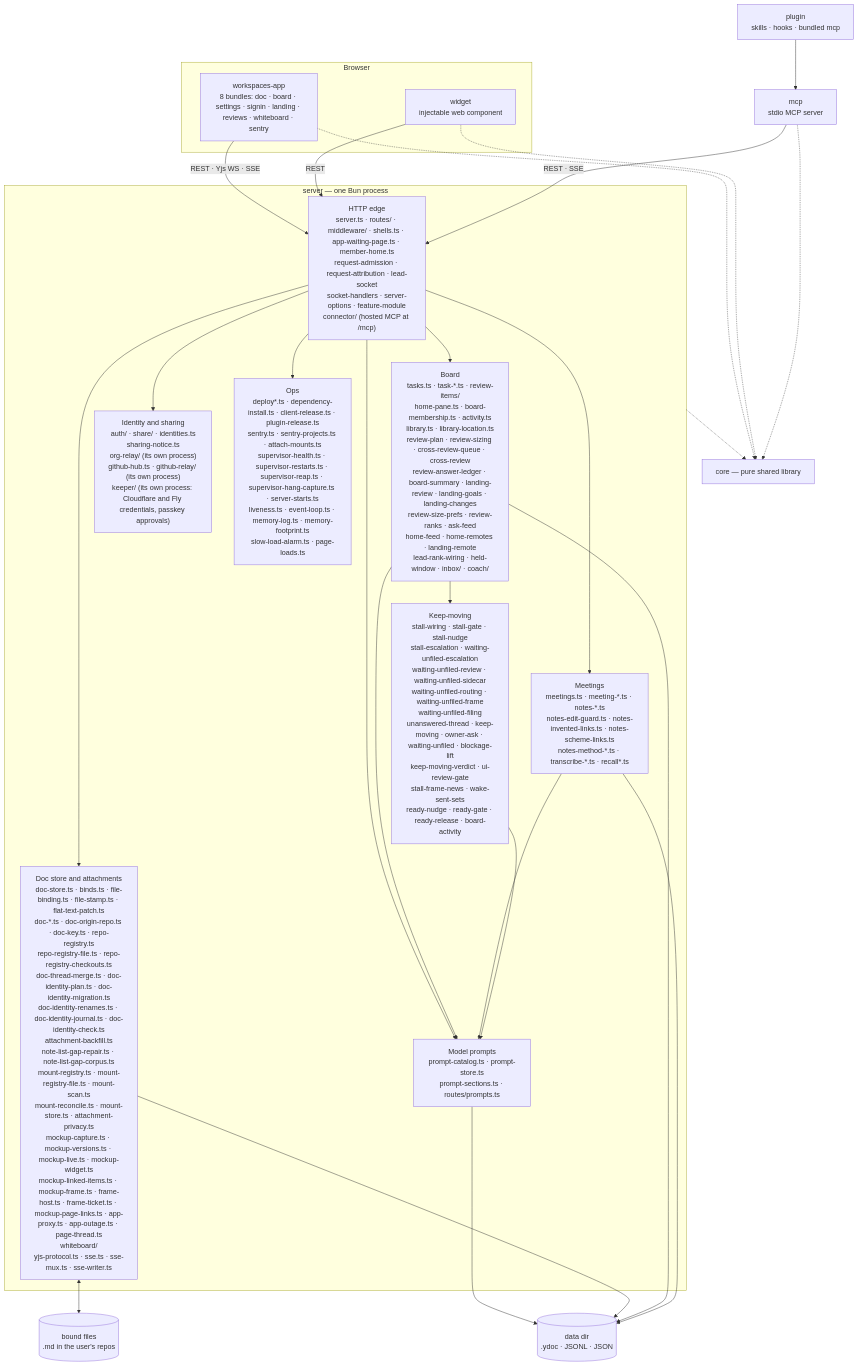
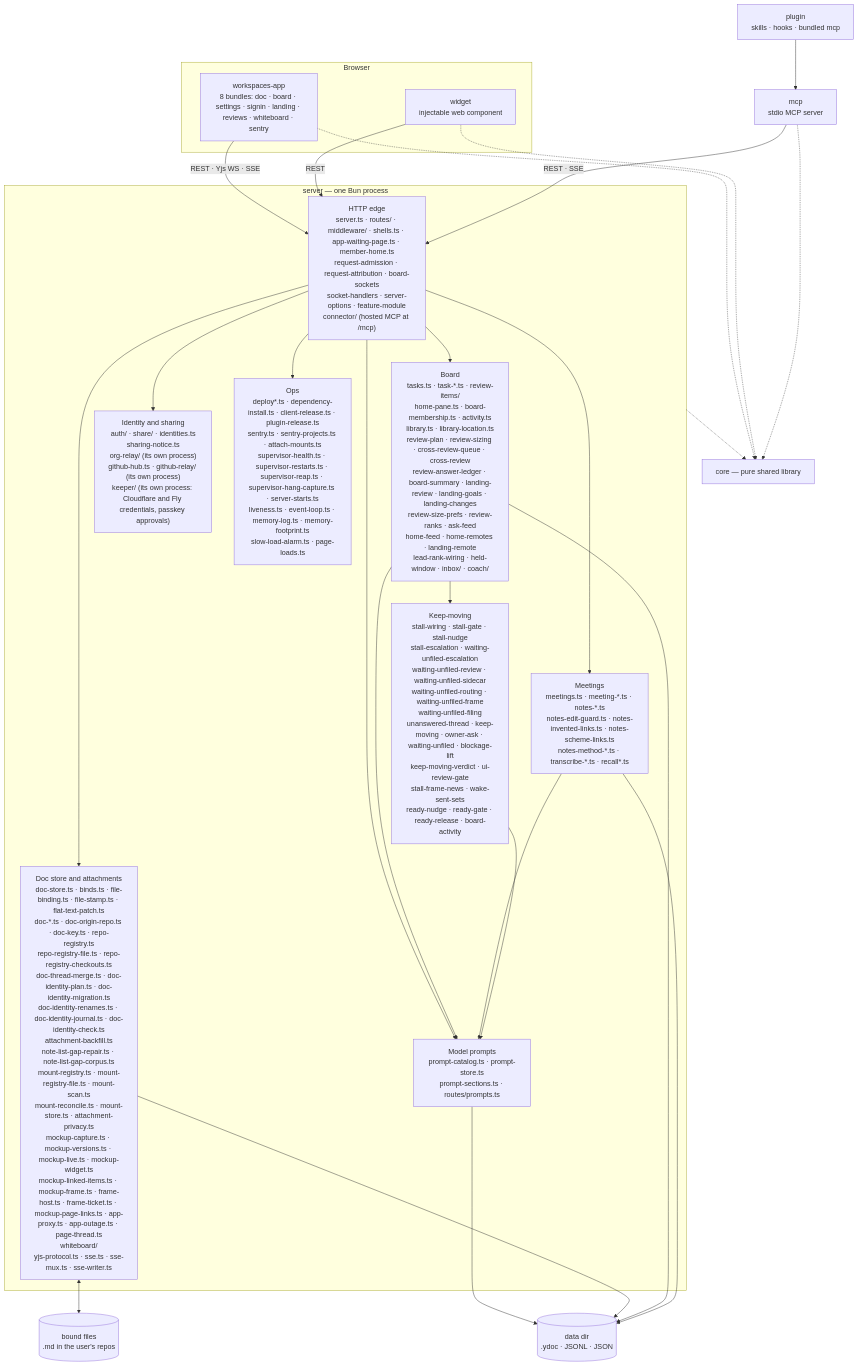
The first of 2 diagrams in docs/architecture/overview.md (fryanpan/claude-workspaces-plugin), drawn with Mermaid before and after one commit. The commit also changed other lines of this file and 13 other files, not shown here.

First line of the commit message:
One unix socket per board, and a request on one reaches only that board

````diff
--- a/docs/architecture/overview.md
+++ b/docs/architecture/overview.md
@@ -45,35 +45,35 @@
 ```mermaid
 flowchart TB
   subgraph browser[Browser]
     app["workspaces-app<br/>8 bundles: doc · board · settings · signin · landing · reviews · whiteboard · sentry"]
     wid["widget<br/>injectable web component"]
   end
   plug["plugin<br/>skills · hooks · bundled mcp"]
   mcp["mcp<br/>stdio MCP server"]
   subgraph srv["server — one Bun process"]
-    edge["HTTP edge<br/>server.ts · routes/ · middleware/ · shells.ts · app-waiting-page.ts · member-home.ts<br/>request-admission · request-attribution · lead-socket<br/>socket-handlers · server-options · feature-module<br/>connector/ (hosted MCP at /mcp)"]
+    edge["HTTP edge<br/>server.ts · routes/ · middleware/ · shells.ts · app-waiting-page.ts · member-home.ts<br/>request-admission · request-attribution · board-sockets<br/>socket-handlers · server-options · feature-module<br/>connector/ (hosted MCP at /mcp)"]
     docs["Doc store and attachments<br/>doc-store.ts · binds.ts · file-binding.ts · file-stamp.ts · flat-text-patch.ts<br/>doc-*.ts · doc-origin-repo.ts · doc-key.ts · repo-registry.ts<br/>repo-registry-file.ts · repo-registry-checkouts.ts<br/>doc-thread-merge.ts · doc-identity-plan.ts · doc-identity-migration.ts<br/>doc-identity-renames.ts · doc-identity-journal.ts · doc-identity-check.ts<br/>attachment-backfill.ts<br/>note-list-gap-repair.ts · note-list-gap-corpus.ts<br/>mount-registry.ts · mount-registry-file.ts · mount-scan.ts<br/>mount-reconcile.ts · mount-store.ts · attachment-privacy.ts<br/>mockup-capture.ts · mockup-versions.ts · mockup-live.ts · mockup-widget.ts<br/>mockup-linked-items.ts · mockup-frame.ts · frame-host.ts · frame-ticket.ts · mockup-page-links.ts · app-proxy.ts · app-outage.ts · page-thread.ts<br/>whiteboard/<br/>yjs-protocol.ts · sse.ts · sse-mux.ts · sse-writer.ts"]
     board["Board<br/>tasks.ts · task-*.ts · review-items/<br/>home-pane.ts · board-membership.ts · activity.ts<br/>library.ts · library-location.ts<br/>review-plan · review-sizing · cross-review-queue · cross-review<br/>review-answer-ledger · board-summary · landing-review · landing-goals · landing-changes<br/>review-size-prefs · review-ranks · ask-feed<br/>home-feed · home-remotes · landing-remote<br/>lead-rank-wiring · held-window · inbox/ · coach/"]
     meet["Meetings<br/>meetings.ts · meeting-*.ts · notes-*.ts<br/>notes-edit-guard.ts · notes-invented-links.ts · notes-scheme-links.ts<br/>notes-method-*.ts · transcribe-*.ts · recall*.ts"]
     keep["Keep-moving<br/>stall-wiring · stall-gate · stall-nudge<br/>stall-escalation · waiting-unfiled-escalation<br/>waiting-unfiled-review · waiting-unfiled-sidecar<br/>waiting-unfiled-routing · waiting-unfiled-frame<br/>waiting-unfiled-filing<br/>unanswered-thread · keep-moving · owner-ask · waiting-unfiled · blockage-lift<br/>keep-moving-verdict · ui-review-gate<br/>stall-frame-news · wake-sent-sets<br/>ready-nudge · ready-gate · ready-release · board-activity"]
     ident["Identity and sharing<br/>auth/ · share/ · identities.ts<br/>sharing-notice.ts<br/>org-relay/ (its own process)<br/>github-hub.ts · github-relay/ (its own process)<br/>keeper/ (its own process: Cloudflare and Fly credentials, passkey approvals)"]
     prompts["Model prompts<br/>prompt-catalog.ts · prompt-store.ts<br/>prompt-sections.ts · routes/prompts.ts"]
     ops["Ops<br/>deploy*.ts · dependency-install.ts · client-release.ts · plugin-release.ts<br/>sentry.ts · sentry-projects.ts · attach-mounts.ts<br/>supervisor-health.ts · supervisor-restarts.ts · supervisor-reap.ts · supervisor-hang-capture.ts · server-starts.ts<br/>liveness.ts · event-loop.ts · memory-log.ts · memory-footprint.ts<br/>slow-load-alarm.ts · page-loads.ts"]
   end
   core["core — pure shared library"]
   disk[("data dir<br/>.ydoc · JSONL · JSON")]
   files[("bound files<br/>.md in the user's repos")]
 
   app -->|"REST · Yjs WS · SSE"| edge
   wid -->|REST| edge
   plug --> mcp
   mcp -->|"REST · SSE"| edge
   edge --> docs & board & meet & ident & ops & prompts
   board & meet & keep --> prompts
   prompts --> disk
   board --> keep
   docs <--> files
   docs & board & meet --> disk
   app & wid & mcp -.-> core
   srv -.-> core
 ```
````
